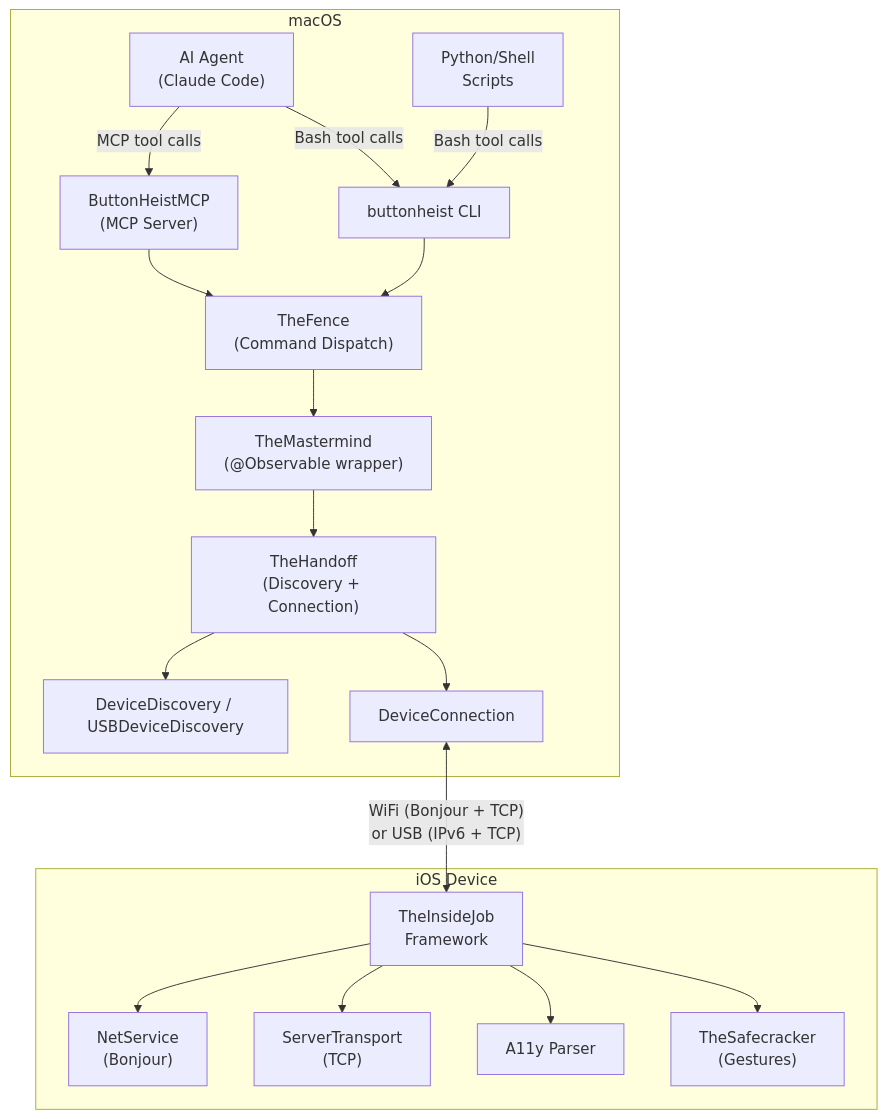
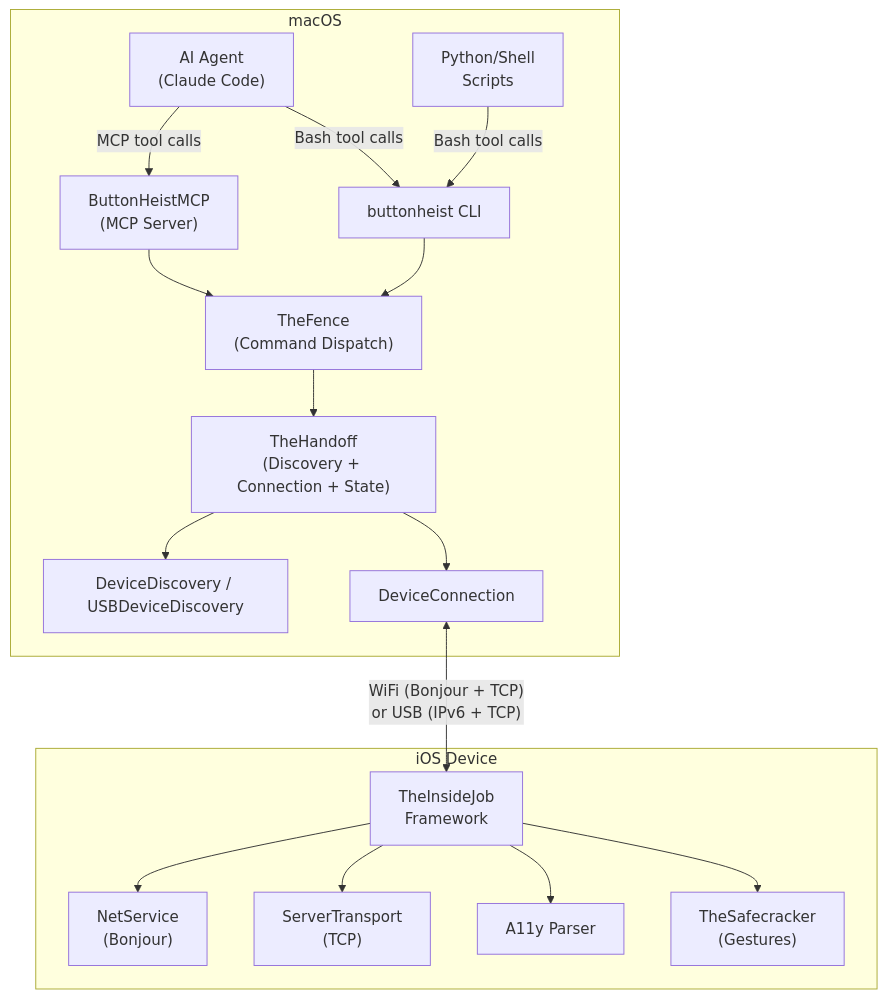
One commit to RoyalPineapple/TheButtonHeist changed the first of 10 diagrams in docs/ARCHITECTURE.md. Above: the diagram before and after it, drawn with Mermaid. The commit also changed other lines of this file and 41 other files, not shown here.

First line of the commit message:
Remove TheMastermind — TheFence talks to TheHandoff directly (#153)

````diff
--- a/docs/ARCHITECTURE.md
+++ b/docs/ARCHITECTURE.md
@@ -15,23 +15,22 @@
 ```mermaid
 graph TB
     subgraph mac["macOS"]
         Agent["AI Agent<br>(Claude Code)"] -->|MCP tool calls| MCP["ButtonHeistMCP<br>(MCP Server)"]
         Agent -->|Bash tool calls| CLI["buttonheist CLI"]
         Scripts["Python/Shell<br>Scripts"] -->|Bash tool calls| CLI
         MCP --> TF["TheFence<br>(Command Dispatch)"]
         CLI --> TF
-        TF --> TM["TheMastermind<br>(@Observable wrapper)"]
-        TM --> TH["TheHandoff<br>(Discovery + Connection)"]
+        TF --> TH["TheHandoff<br>(Discovery + Connection + State)"]
         TH --> DD["DeviceDiscovery / USBDeviceDiscovery"]
         TH --> DC["DeviceConnection"]
     end
 
     DC <-->|"WiFi (Bonjour + TCP)<br>or USB (IPv6 + TCP)"| IJ
 
     subgraph ios["iOS Device"]
         IJ["TheInsideJob<br>Framework"] --> NS["NetService<br>(Bonjour)"]
         IJ --> SS["ServerTransport<br>(TCP)"]
         IJ --> A11y["A11y Parser"]
         IJ --> TSC["TheSafecracker<br>(Gestures)"]
     end
 ```
````
